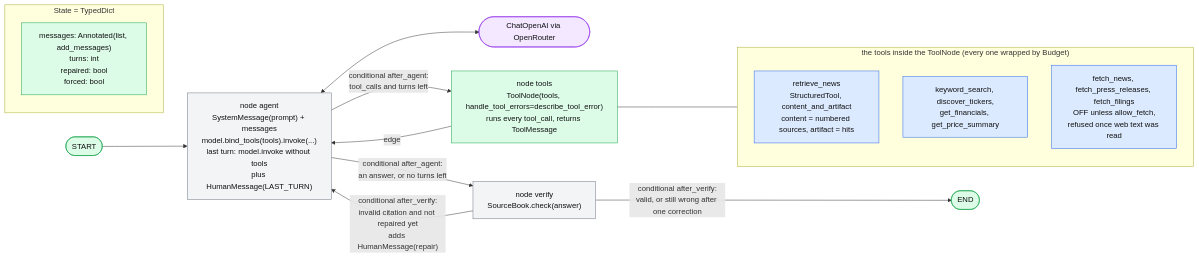
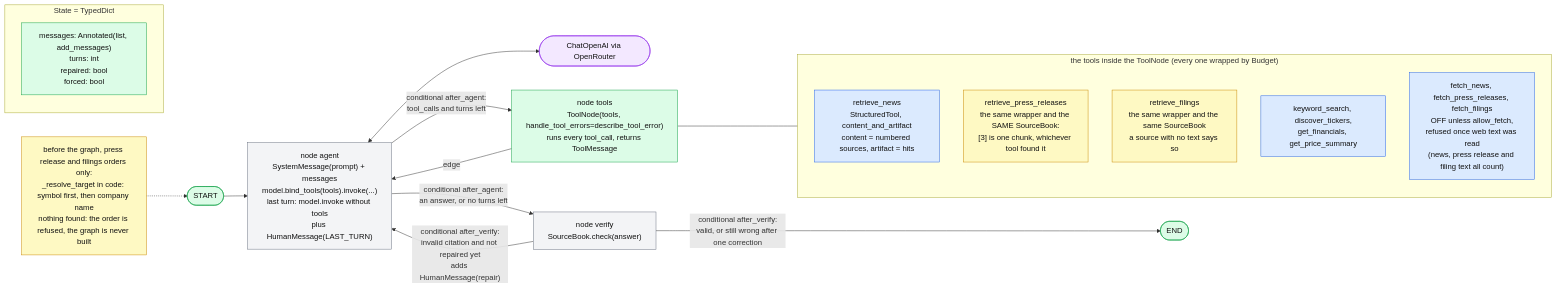
Before and after one commit to jpyrett/prometheus: the second of 8 diagrams in design/week3_e2e.md, drawn with Mermaid. The commit also changed other lines of this file and 127 other files, not shown here.

````diff
--- a/design/week3_e2e.md
+++ b/design/week3_e2e.md
@@ -130,35 +167,41 @@
 ```mermaid
 flowchart LR
     classDef lg fill:#dcfce7,stroke:#16a34a,color:#111
     classDef lc fill:#dbeafe,stroke:#2563eb,color:#111
     classDef ours fill:#f3f4f6,stroke:#6b7280,color:#111
     classDef llm fill:#f3e8ff,stroke:#9333ea,color:#111
+    classDef pr fill:#fef9c3,stroke:#ca8a04,color:#111
 
     S(["START"]):::lg
     E(["END"]):::lg
 
     subgraph STATE["State = TypedDict"]
         ST["messages: Annotated(list, add_messages)<br/>turns: int<br/>repaired: bool<br/>forced: bool"]:::lg
     end
 
     A["node agent<br/>SystemMessage(prompt) + messages<br/>model.bind_tools(tools).invoke(...)<br/>last turn: model.invoke without tools<br/>plus HumanMessage(LAST_TURN)"]:::ours
     M(["ChatOpenAI via OpenRouter"]):::llm
     T["node tools<br/>ToolNode(tools, handle_tool_errors=describe_tool_error)<br/>runs every tool_call, returns ToolMessage"]:::lg
     V["node verify<br/>SourceBook.check(answer)"]:::ours
 
     S --> A
     A <--> M
     A -->|"conditional after_agent:<br/>tool_calls and turns left"| T
     A -->|"conditional after_agent:<br/>an answer, or no turns left"| V
     T -->|"edge"| A
     V -->|"conditional after_verify:<br/>invalid citation and not repaired yet<br/>adds HumanMessage(repair)"| A
     V -->|"conditional after_verify:<br/>valid, or still wrong after one correction"| E
 
     subgraph TOOLSET["the tools inside the ToolNode (every one wrapped by Budget)"]
         direction TB
         TR["retrieve_news<br/>StructuredTool, content_and_artifact<br/>content = numbered sources, artifact = hits"]:::lc
+        TR2["retrieve_press_releases<br/>the same wrapper and the SAME SourceBook:<br/>[3] is one chunk, whichever tool found it"]:::pr
+        TR3["retrieve_filings<br/>the same wrapper and the same SourceBook<br/>a source with no text says so"]:::pr
         TO["keyword_search, discover_tickers,<br/>get_financials, get_price_summary"]:::lc
-        TF["fetch_news, fetch_press_releases, fetch_filings<br/>OFF unless allow_fetch,<br/>refused once web text was read"]:::lc
+        TF["fetch_news, fetch_press_releases, fetch_filings<br/>OFF unless allow_fetch,<br/>refused once web text was read<br/>(news, press release and filing text all count)"]:::lc
     end
     T --- TOOLSET
+
+    PRE["before the graph, press release and filings orders only:<br/>_resolve_target in code: symbol first, then company name<br/>nothing found: the order is refused, the graph is never built"]:::pr
+    PRE -.-> S
 ```
````
